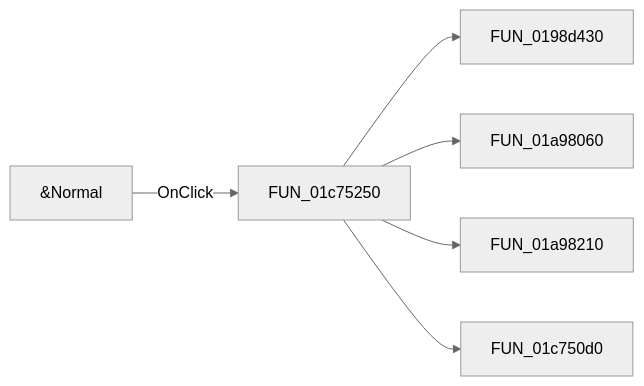
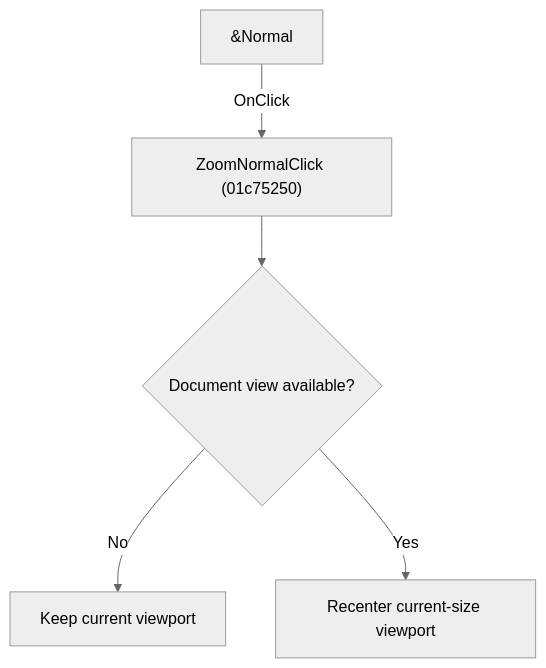
One commit to MovGP0/TIARA changed the diagram in docs/ui-controls/schematiceditor/zoomnormal-e14284ded0.md. Above: the diagram before and after it, drawn with Mermaid (neutral theme). The commit also changed other lines of this file and 1062 other files, not shown here.

````diff
--- a/docs/ui-controls/schematiceditor/zoomnormal-e14284ded0.md
+++ b/docs/ui-controls/schematiceditor/zoomnormal-e14284ded0.md
@@ -27,8 +27,7 @@
 ```mermaid
-flowchart LR
-    control["&Normal"] -->|OnClick| handler["FUN_01c75250"]
-    handler --> call1["FUN_0198d430"]
-    handler --> call2["FUN_01a98060"]
-    handler --> call3["FUN_01a98210"]
-    handler --> call4["FUN_01c750d0"]
+flowchart TD
+    control["&Normal"] -->|"OnClick"| handler["ZoomNormalClick (01c75250)"]
+    handler --> guard{"Document view available?"}
+    guard -->|"No"| noChange["Keep current viewport"]
+    guard -->|"Yes"| action["Recenter current-size viewport"]
 ```
````
